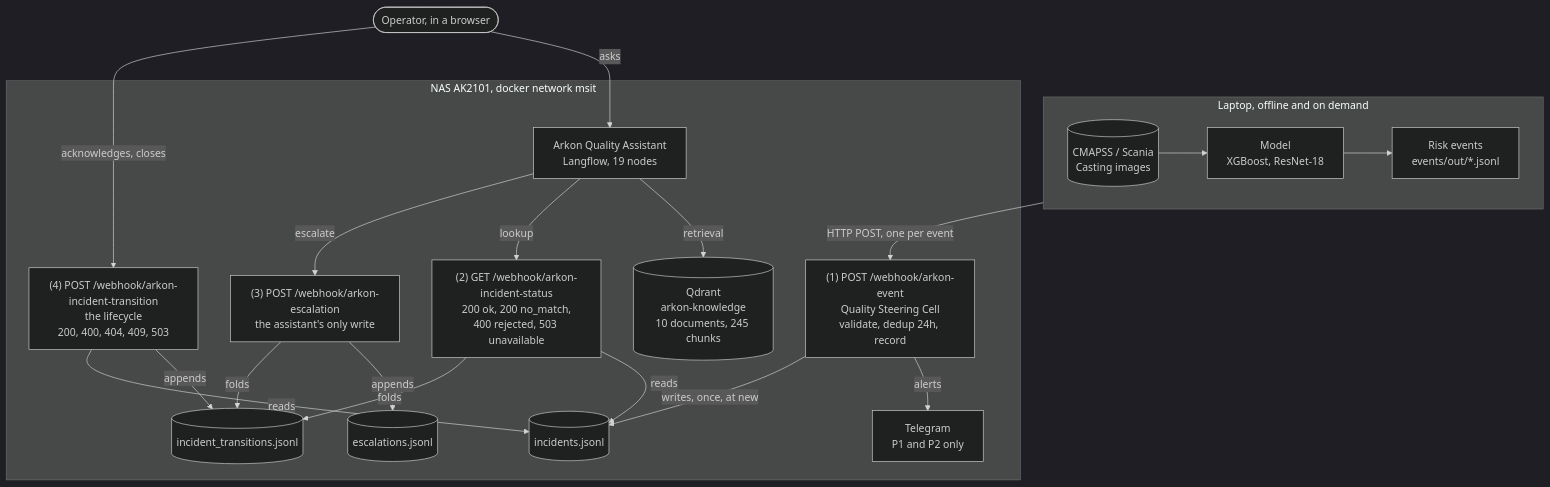
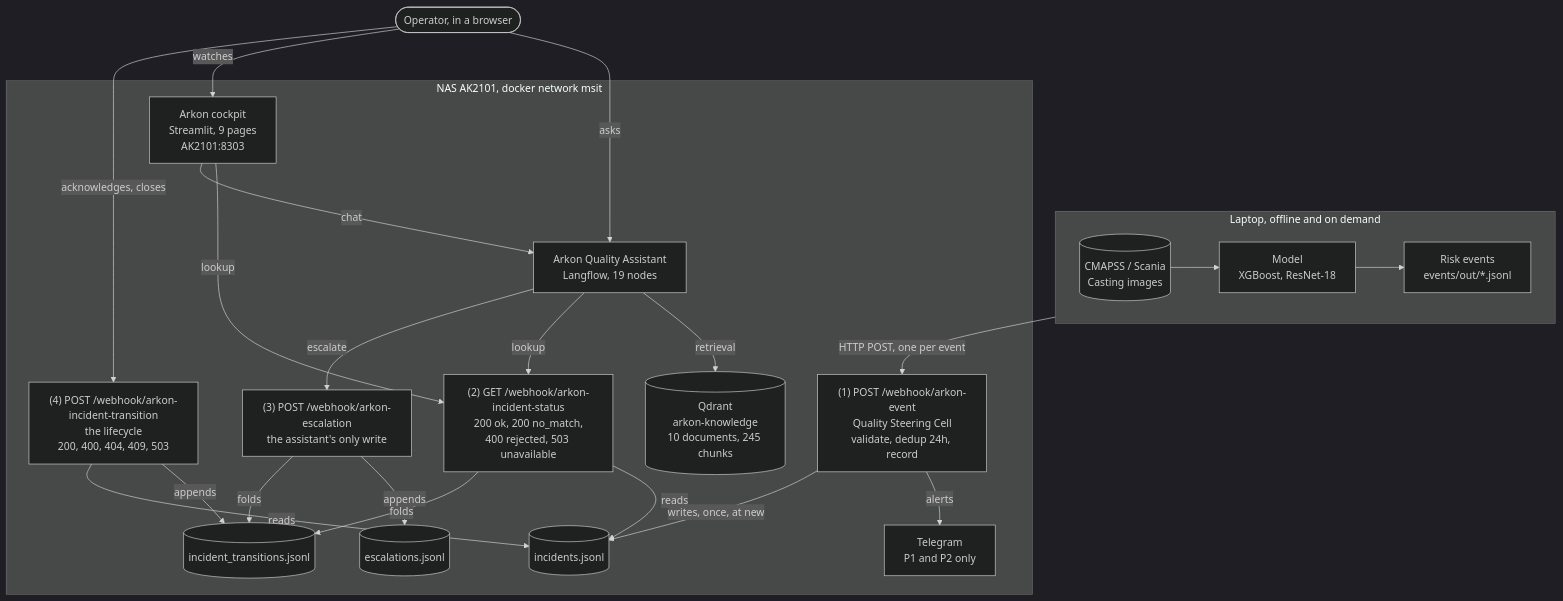
One commit to sergey-kasatov/arkon-manufacturing-ai changed the first of 2 diagrams in README.md. Above: the diagram before and after it, drawn with Mermaid (dark theme). The commit also changed other lines of this file and 30 other files, not shown here.

````diff
--- a/README.md
+++ b/README.md
@@ -370,38 +370,42 @@
 ```mermaid
 flowchart TB
   subgraph LAPTOP["Laptop, offline and on demand"]
     direction LR
     DATA[("CMAPSS / Scania<br/>Casting images")] --> MODEL["Model<br/>XGBoost, ResNet-18"] --> EV["Risk events<br/>events/out/*.jsonl"]
   end
 
   OP(["Operator, in a browser"])
 
   subgraph NAS["NAS AK2101, docker network msit"]
     W1["(1) POST /webhook/arkon-event<br/>Quality Steering Cell<br/>validate, dedup 24h, record"]
     ASSIST["Arkon Quality Assistant<br/>Langflow, 19 nodes"]
+    COCK["Arkon cockpit<br/>Streamlit, 9 pages<br/>AK2101:8303"]
     W2["(2) GET /webhook/arkon-incident-status<br/>200 ok, 200 no_match,<br/>400 rejected, 503 unavailable"]
     W3["(3) POST /webhook/arkon-escalation<br/>the assistant's only write"]
     W4["(4) POST /webhook/arkon-incident-transition<br/>the lifecycle<br/>200, 400, 404, 409, 503"]
     QD[("Qdrant<br/>arkon-knowledge<br/>10 documents, 245 chunks")]
     INC[("incidents.jsonl")]
     TRN[("incident_transitions.jsonl")]
     ESC[("escalations.jsonl")]
     TG["Telegram<br/>P1 and P2 only"]
 
     W1 -- alerts --> TG
     W1 -- "writes, once, at new" --> INC
     ASSIST -- retrieval --> QD
     ASSIST -- lookup --> W2
     ASSIST -- escalate --> W3
     W2 -- reads --> INC
     W2 -- "folds" --> TRN
+    COCK -- lookup --> W2
+    COCK -- chat --> ASSIST
     W3 -- appends --> ESC
     W3 -- "folds" --> TRN
     W4 -- appends --> TRN
     W4 -- reads --> INC
   end
 
   EV -- "HTTP POST, one per event" --> W1
   OP -- "asks" --> ASSIST
+  OP -- "watches" --> COCK
   OP -- "acknowledges, closes" --> W4
 ```
````
